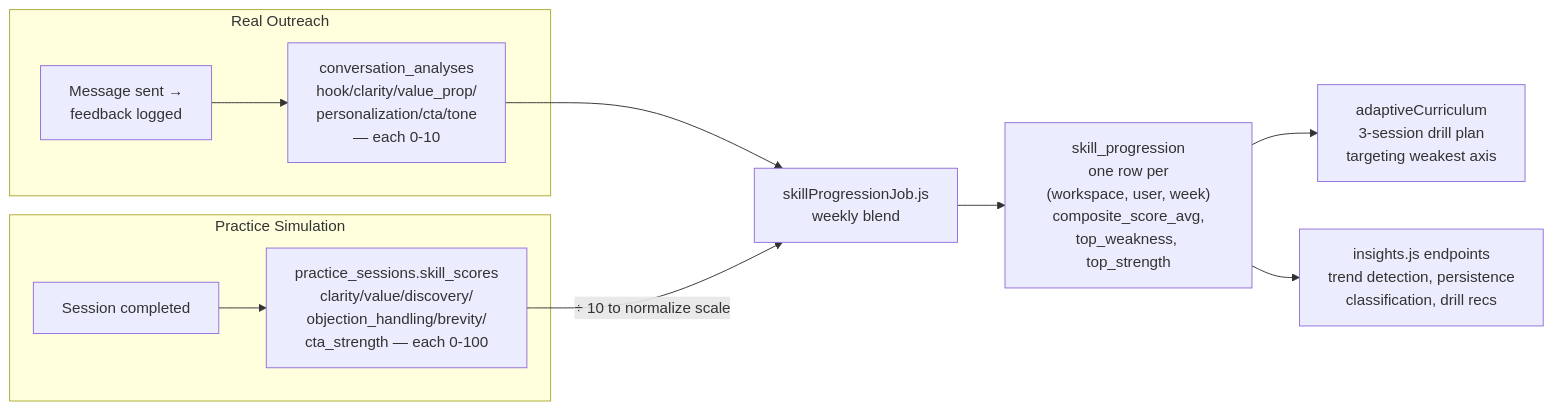
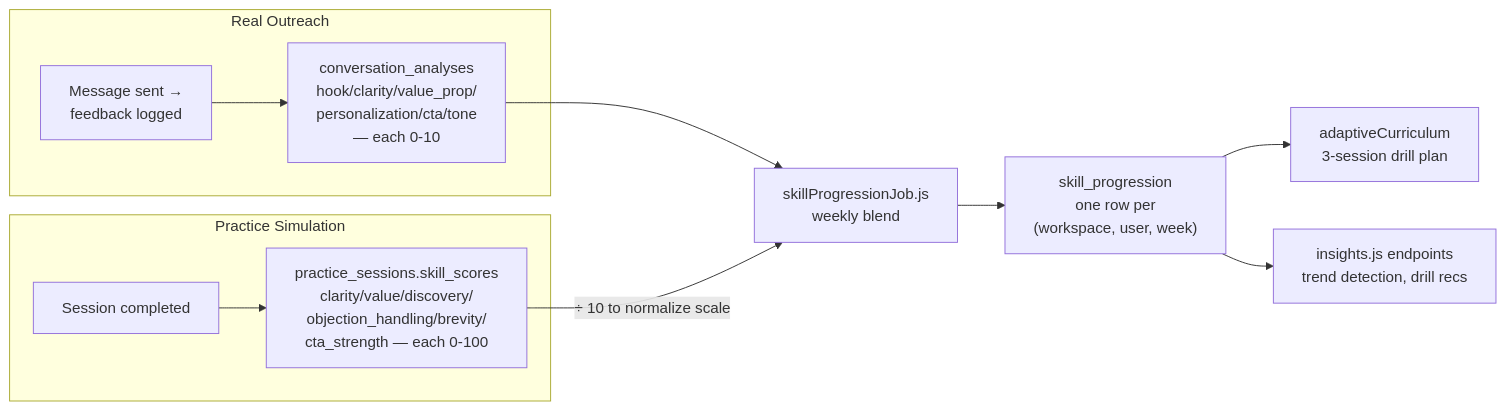
The eighth of 8 diagrams in ARCHITECTURE.md (Devpaul-01/Foundersales), drawn with Mermaid before and after one commit. The commit also changed other lines of this file and 3 other files, not shown here.

First line of the commit message:
docs: update product overview, README, architecture, and background jobs with assets

````diff
--- a/ARCHITECTURE.md
+++ b/ARCHITECTURE.md
@@ -325,17 +364,16 @@
 ```mermaid
 flowchart LR
     subgraph Real["Real Outreach"]
         A["Message sent →\nfeedback logged"] --> B["conversation_analyses\nhook/clarity/value_prop/\npersonalization/cta/tone\n— each 0-10"]
     end
 
     subgraph Sim["Practice Simulation"]
         C["Session completed"] --> D["practice_sessions.skill_scores\nclarity/value/discovery/\nobjection_handling/brevity/\ncta_strength — each 0-100"]
     end
 
     B --> E["skillProgressionJob.js\nweekly blend"]
     D -->|"÷ 10 to normalize scale"| E
-    E --> F["skill_progression\none row per\n(workspace, user, week)\ncomposite_score_avg,\ntop_weakness, top_strength"]
-
-    F --> G["adaptiveCurriculum\n3-session drill plan\ntargeting weakest axis"]
-    F --> H["insights.js endpoints\ntrend detection, persistence\nclassification, drill recs"]
+    E --> F["skill_progression\none row per\n(workspace, user, week)"]
+    F --> G["adaptiveCurriculum\n3-session drill plan"]
+    F --> H["insights.js endpoints\ntrend detection, drill recs"]
 ```
````
